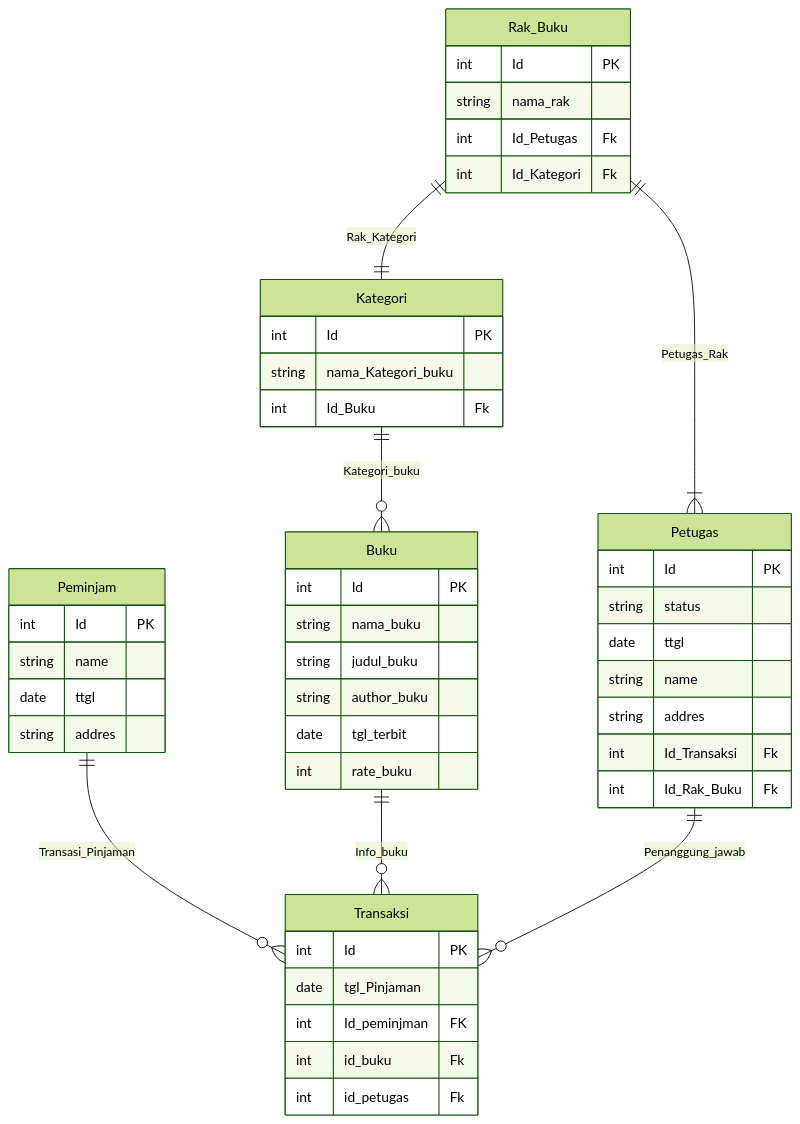
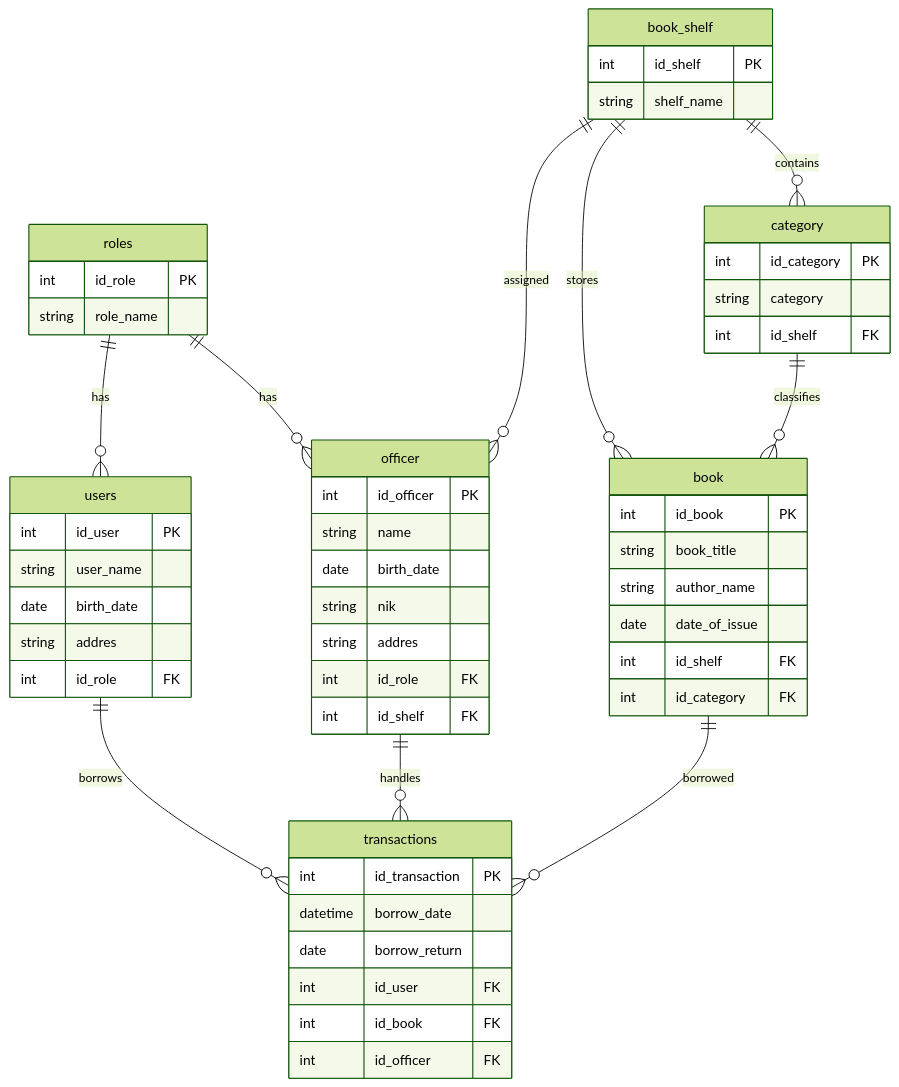
Before and after one commit to fatawaimamalmuftin/koda-b8-db1: the diagram in readme.md, drawn with Mermaid (forest theme).

Commit message:
refactor: refactoring ERD same with SQL

````diff
--- a/readme.md
+++ b/readme.md
@@ -1,62 +1,73 @@
-```mermaid 
+```mermaid
 erDiagram
-    Peminjam{
-        int Id PK
-        string name
-        date ttgl
-        string addres
+
+    roles {
+        int id_role PK
+        string role_name
     }
 
-    Transaksi{
-        int Id PK
-        date tgl_Pinjaman 
-        int Id_peminjman FK
-        int id_buku Fk
-        int id_petugas Fk
+    users {
+        int id_user PK
+        string user_name
+        date birth_date
+        string addres
+        int id_role FK
     }
 
-    Petugas{
-        int Id PK
-        string status
-        date ttgl
-        string name
-        string addres
-        int Id_Transaksi Fk
-        int Id_Rak_Buku Fk
+    book_shelf {
+        int id_shelf PK
+        string shelf_name
     }
 
-    Rak_Buku{
-        int Id PK
-        string nama_rak
-        int Id_Petugas Fk
-        int Id_Kategori Fk
+    officer {
+        int id_officer PK
+        string name
+        date birth_date
+        string nik
+        string addres
+        int id_role FK
+        int id_shelf FK
     }
 
-    Kategori{
-        int Id PK
-        string nama_Kategori_buku
-        int Id_Buku Fk
+    category {
+        int id_category PK
+        string category
+        int id_shelf FK
     }
 
-    Buku{
-        int Id PK
-        string nama_buku
-        string judul_buku
-        string author_buku
-        date tgl_terbit
-        int rate_buku
+    book {
+        int id_book PK
+        string book_title
+        string author_name
+        date date_of_issue
+        int id_shelf FK
+        int id_category FK
     }
 
-    Peminjam ||--o{ Transaksi : Transasi_Pinjaman
+    transactions {
+        int id_transaction PK
+        datetime borrow_date
+        date borrow_return
+        int id_user FK
+        int id_book FK
+        int id_officer FK
+    }
 
-    Buku ||--o{ Transaksi : Info_buku
+    roles ||--o{ users : has
 
-    Petugas ||--o{ Transaksi : Penanggung_jawab
+    roles ||--o{ officer : has
 
-    Kategori ||--o{ Buku : Kategori_buku
+    book_shelf ||--o{ officer : assigned
 
-    Rak_Buku ||--|| Kategori : Rak_Kategori
+    book_shelf ||--o{ category : contains
 
-    Rak_Buku ||--|{ Petugas : Petugas_Rak
+    book_shelf ||--o{ book : stores
 
+    category ||--o{ book : classifies
+
+    users ||--o{ transactions : borrows
+
+    officer ||--o{ transactions : handles
+
+    book ||--o{ transactions : borrowed
 ```
````
